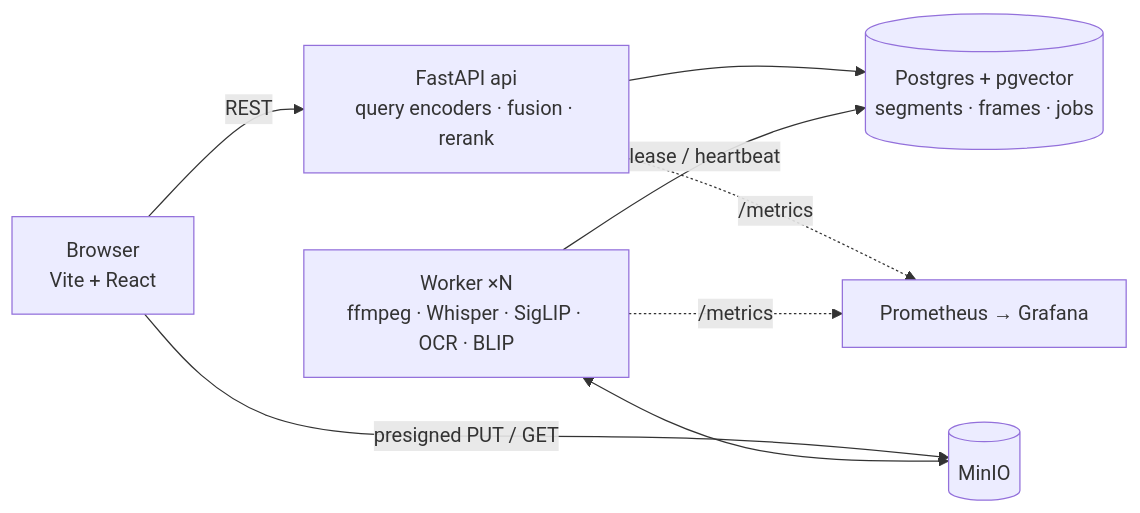
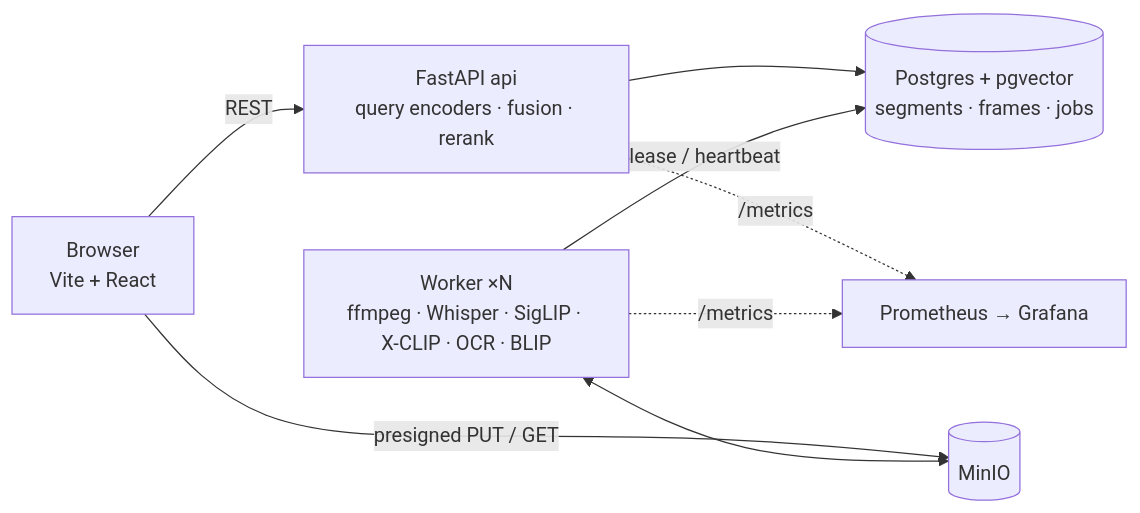
Before and after one commit to Veeru102/ScenePeek: the diagram in README.md, drawn with Mermaid. The commit also changed other lines of this file and 18 other files, not shown here.

Commit message:
Document benchmark, routing, and versioning architecture

````diff
--- a/README.md
+++ b/README.md
@@ -39,10 +41,10 @@
 ```mermaid
 flowchart LR
     B[Browser<br/>Vite + React] -->|REST| A[FastAPI api<br/>query encoders · fusion · rerank]
     B -->|presigned PUT / GET| M[(MinIO)]
     A --> P[(Postgres + pgvector<br/>segments · frames · jobs)]
-    W[Worker ×N<br/>ffmpeg · Whisper · SigLIP · OCR · BLIP] -->|lease / heartbeat| P
+    W[Worker ×N<br/>ffmpeg · Whisper · SigLIP · X-CLIP · OCR · BLIP] -->|lease / heartbeat| P
     W <--> M
     A -.->|/metrics| PR[Prometheus → Grafana]
     W -.->|/metrics| PR
 ```
````
